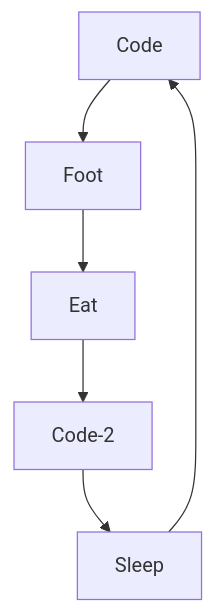
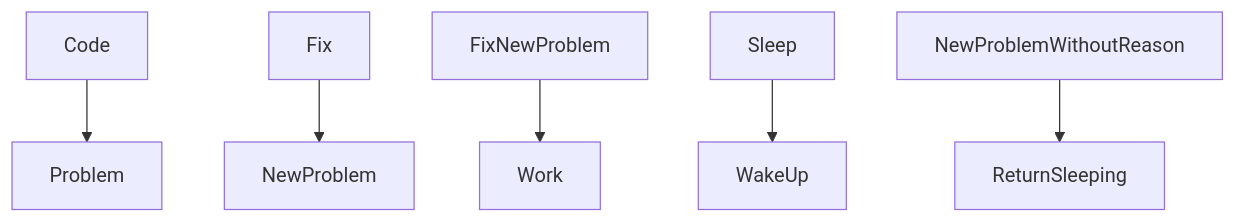
One commit to Jeotique/Jeotique changed the diagram in README.md. Above: the diagram before and after it, drawn with Mermaid. The commit also changed other lines of this file, not shown here.

````diff
--- a/README.md
+++ b/README.md
@@ -15,8 +15,8 @@
 ```mermaid
   graph TD;
-      Code-->Foot;
-      Foot-->Eat;
-      Eat-->Code-2;
-      Code-2-->Sleep;
-      Sleep-->Code;
+      Code-->Problem;
+      Fix-->NewProblem;
+      FixNewProblem-->Work;
+      Sleep-->WakeUp;
+      NewProblemWithoutReason-->ReturnSleeping;
 ```
````
